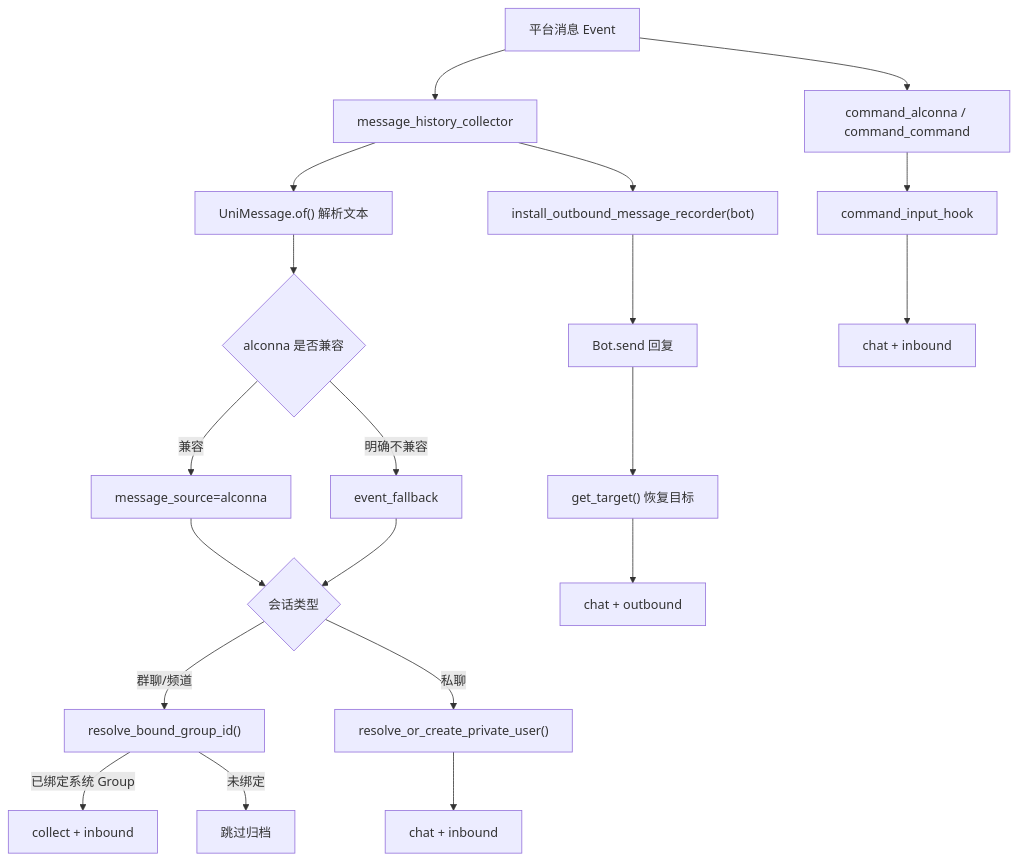
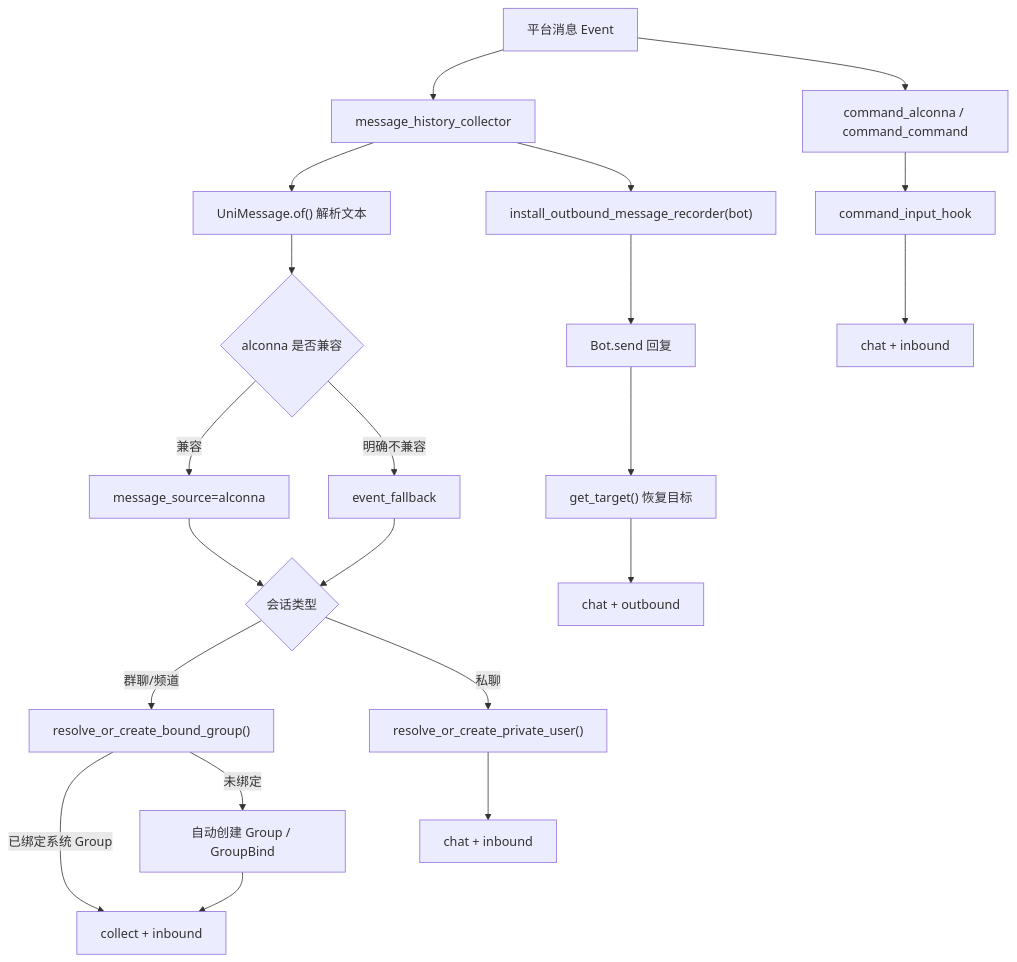
Before and after one commit to ClassRobot/ClassRobot: the diagram in src/plugins/chat_context/README.md, drawn with Mermaid. The commit also changed other lines of this file and 33 other files, not shown here.

````diff
--- a/src/plugins/chat_context/README.md
+++ b/src/plugins/chat_context/README.md
@@ -65,22 +66,23 @@
 ```mermaid
 flowchart TD
     A["平台消息 Event"] --> B["message_history_collector"]
     B --> C["UniMessage.of() 解析文本"]
     C --> D{"alconna 是否兼容"}
     D -->|"兼容"| E["message_source=alconna"]
     D -->|"明确不兼容"| F["event_fallback"]
     E --> G{"会话类型"}
     F --> G
-    G -->|"群聊/频道"| H["resolve_bound_group_id()"]
+    G -->|"群聊/频道"| H["resolve_or_create_bound_group()"]
     G -->|"私聊"| P["resolve_or_create_private_user()"]
     H -->|"已绑定系统 Group"| J["collect + inbound"]
-    H -->|"未绑定"| K["跳过归档"]
+    H -->|"未绑定"| K["自动创建 Group / GroupBind"]
+    K --> J
     P --> L["chat + inbound"]
     B --> R["install_outbound_message_recorder(bot)"]
     R --> M["Bot.send 回复"]
     M --> N["get_target() 恢复目标"]
     N --> O["chat + outbound"]
     A --> U["command_alconna / command_command"]
     U --> V["command_input_hook"]
     V --> W["chat + inbound"]
 ```
````
